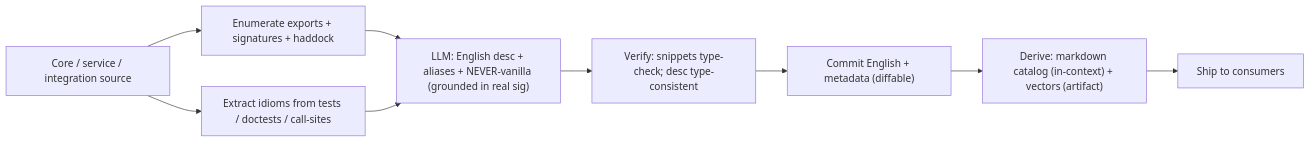
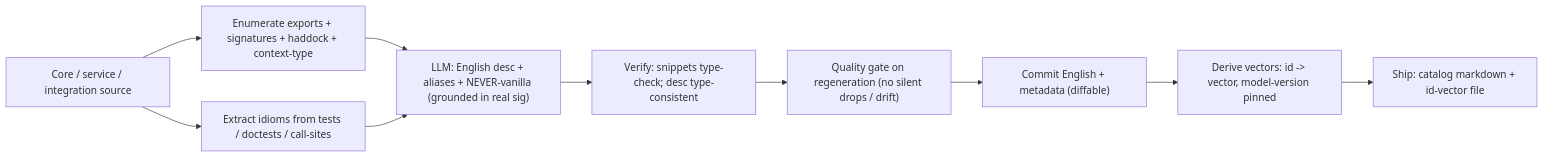
Before and after one commit to neohaskell/NeoHaskell: the first of 4 diagrams in docs/plans/2026-07-03-deterministic-pipelines-design.md, drawn with Mermaid. The commit also changed other lines of this file, not shown here.

First line of the commit message:
docs: v2 design — restructure around `neo`, add fill-in cascade + purity model

````diff
--- a/docs/plans/2026-07-03-deterministic-pipelines-design.md
+++ b/docs/plans/2026-07-03-deterministic-pipelines-design.md
@@ -172,11 +131,12 @@
 ```mermaid
 flowchart LR
-    A["Core / service / integration source"] --> B["Enumerate exports + signatures + haddock"]
+    A["Core / service / integration source"] --> B["Enumerate exports + signatures + haddock + context-type"]
     A --> C["Extract idioms from tests / doctests / call-sites"]
     B --> D["LLM: English desc + aliases + NEVER-vanilla (grounded in real sig)"]
     C --> D
     D --> E["Verify: snippets type-check; desc type-consistent"]
-    E --> F["Commit English + metadata (diffable)"]
-    F --> G["Derive: markdown catalog (in-context) + vectors (artifact)"]
-    G --> H["Ship to consumers"]
+    E --> QG["Quality gate on regeneration (no silent drops / drift)"]
+    QG --> F["Commit English + metadata (diffable)"]
+    F --> G["Derive vectors: id -> vector, model-version pinned"]
+    G --> H["Ship: catalog markdown + id-vector file"]
 ```
````
